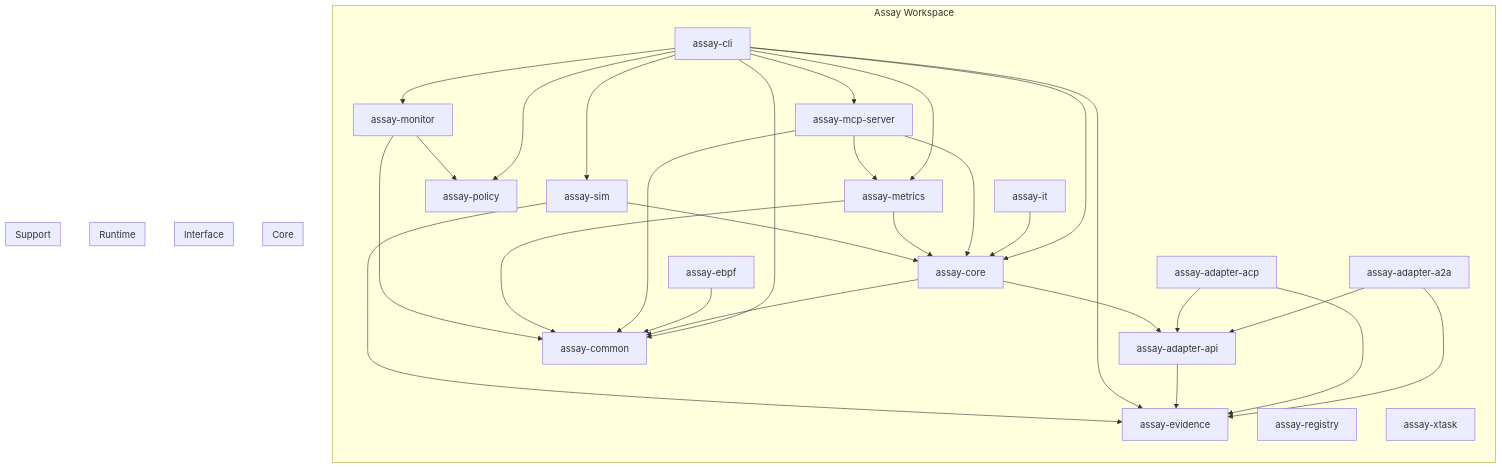
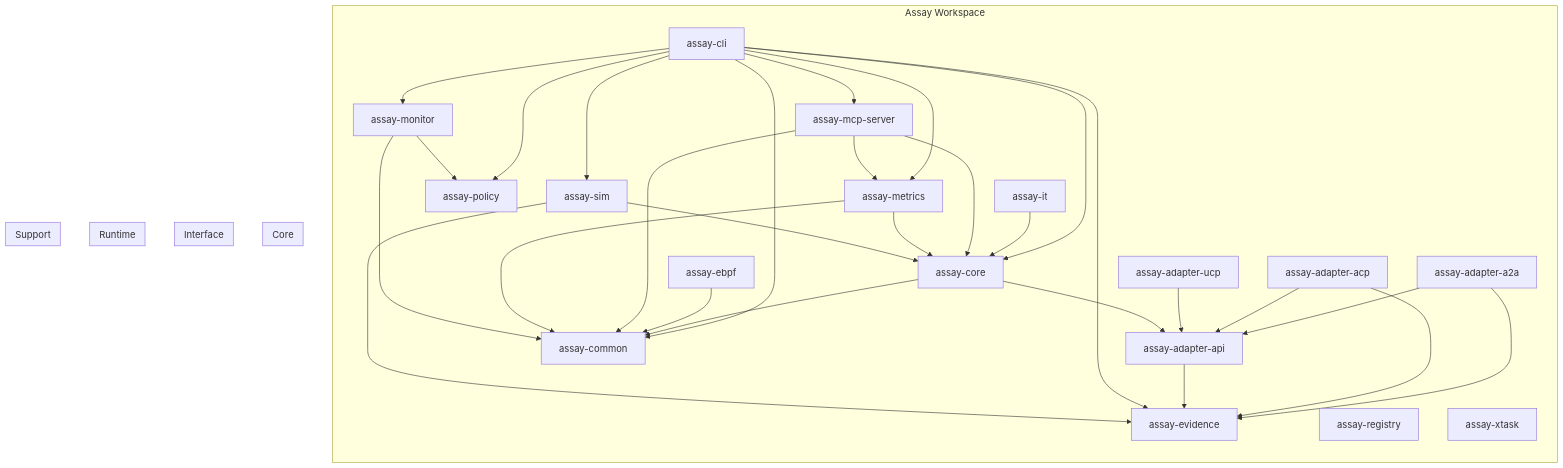
Before and after one commit to Rul1an/assay: the diagram in docs/generated/crate-deps.mermaid, drawn with Mermaid. The commit also changed 2 other files, not shown here.

Commit message:
docs: auto-update diagrams and crate info

```diff
--- a/docs/generated/crate-deps.mermaid
+++ b/docs/generated/crate-deps.mermaid
@@ -1,72 +1,74 @@
 flowchart TB
     subgraph workspace["Assay Workspace"]
         direction TB
         assay_adapter_a2a["assay-adapter-a2a"]
         assay_adapter_acp["assay-adapter-acp"]
         assay_adapter_api["assay-adapter-api"]
+        assay_adapter_ucp["assay-adapter-ucp"]
         assay_cli["assay-cli"]
         assay_common["assay-common"]
         assay_core["assay-core"]
         assay_ebpf["assay-ebpf"]
         assay_evidence["assay-evidence"]
         assay_it["assay-it"]
         assay_mcp_server["assay-mcp-server"]
         assay_metrics["assay-metrics"]
         assay_monitor["assay-monitor"]
         assay_policy["assay-policy"]
         assay_registry["assay-registry"]
         assay_sim["assay-sim"]
         assay_xtask["assay-xtask"]
     end
 
     assay_adapter_a2a --> assay_adapter_api
     assay_adapter_a2a --> assay_evidence
     assay_adapter_acp --> assay_adapter_api
     assay_adapter_acp --> assay_evidence
     assay_adapter_api --> assay_evidence
+    assay_adapter_ucp --> assay_adapter_api
     assay_cli --> assay_common
     assay_cli --> assay_core
     assay_cli --> assay_evidence
     assay_cli --> assay_mcp_server
     assay_cli --> assay_metrics
     assay_cli --> assay_monitor
     assay_cli --> assay_policy
     assay_cli --> assay_sim
     assay_core --> assay_adapter_api
     assay_core --> assay_common
     assay_ebpf --> assay_common
     assay_it --> assay_core
     assay_mcp_server --> assay_common
     assay_mcp_server --> assay_core
     assay_mcp_server --> assay_metrics
     assay_metrics --> assay_common
     assay_metrics --> assay_core
     assay_monitor --> assay_common
     assay_monitor --> assay_policy
     assay_sim --> assay_core
     assay_sim --> assay_evidence
 
     %% Logical groupings for readability
     subgraph core["Core"]
         assay_core
         assay_metrics
         assay_policy
         assay_evidence
         assay_common
     end
 
     subgraph interface["Interface"]
         assay_cli
         assay_mcp_server
     end
 
     subgraph runtime["Runtime"]
         assay_monitor
         assay_ebpf
     end
 
     subgraph support["Support"]
         assay_sim
         assay_xtask
         assay_registry
     end
```
